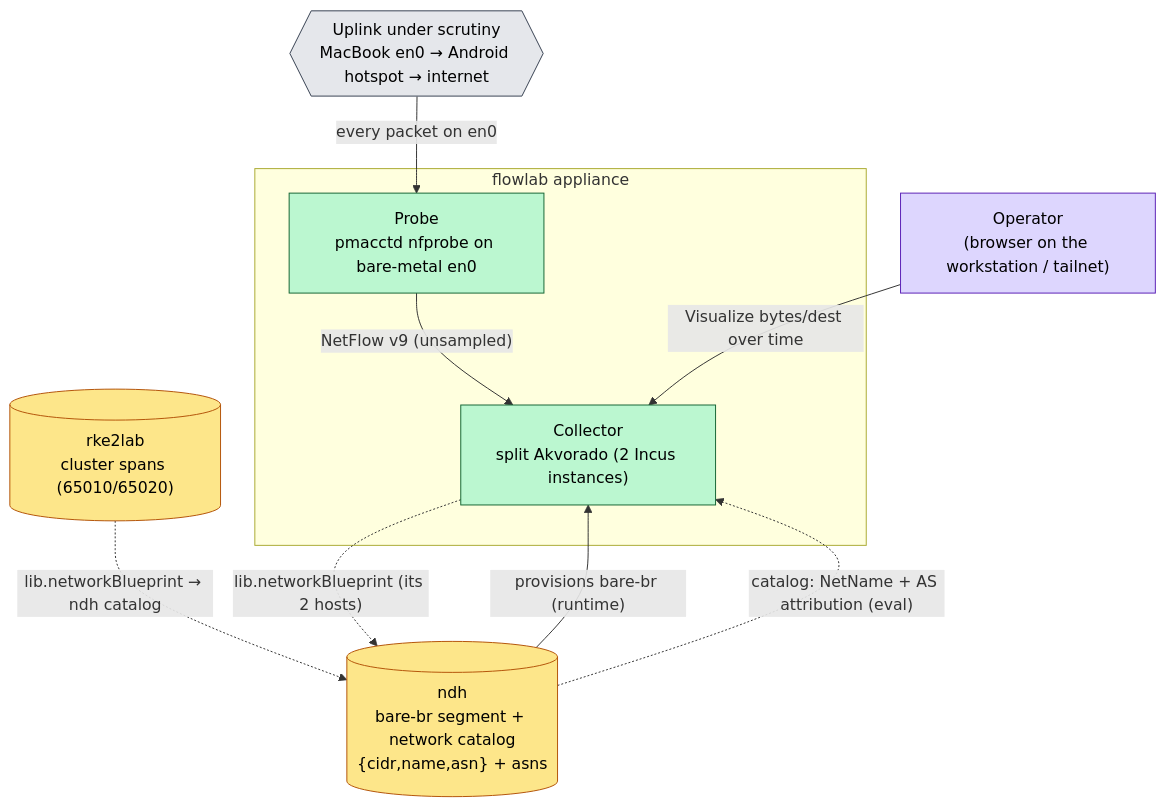
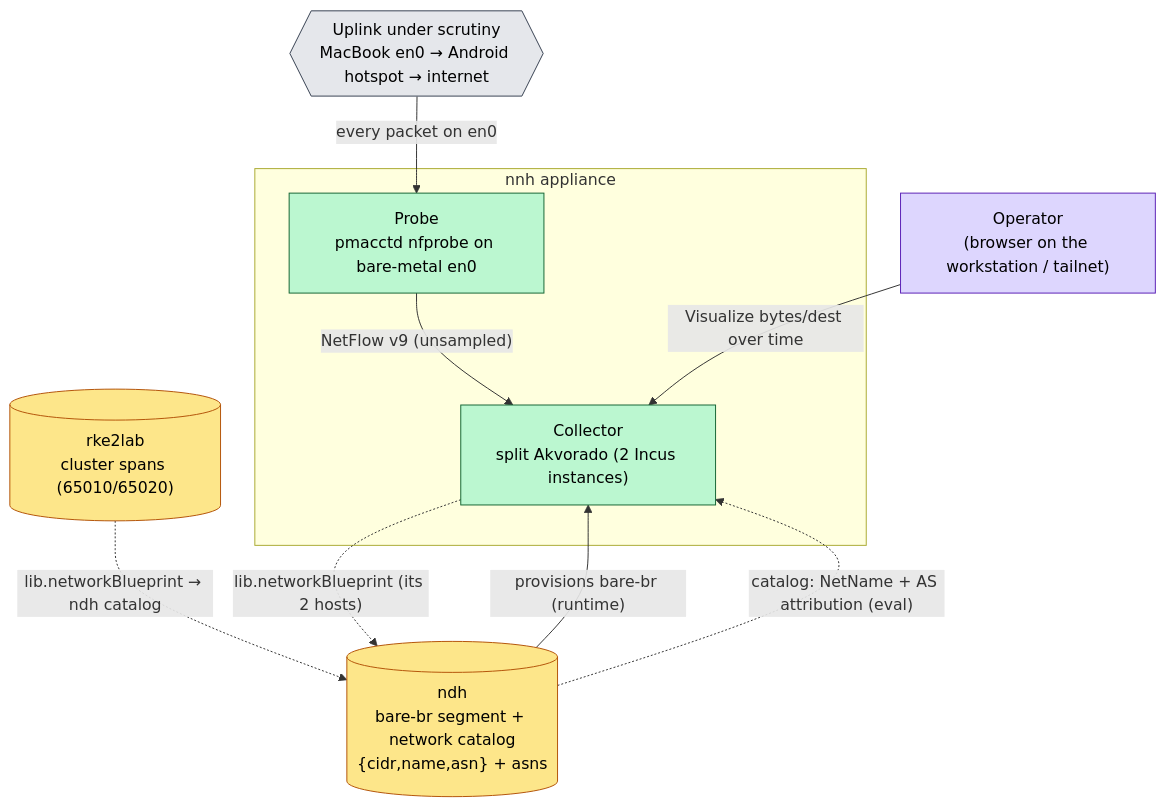
Before and after one commit to seedmatic/flowlab: the first of 5 diagrams in docs/architecture.adoc, drawn with Mermaid. The commit also changed other lines of this file and 5 other files, not shown here.

First line of the commit message:
chore: rename flowlab → nnh in code/docs (project identity)

```diff
--- a/docs/architecture.adoc
+++ b/docs/architecture.adoc
@@ -27,27 +27,27 @@
 [mermaid]
 ....
 flowchart TB
   OP["Operator\n(browser on the workstation / tailnet)"]:::actor
   UP{{"Uplink under scrutiny\nMacBook en0 → Android hotspot → internet"}}:::ext
 
-  subgraph flowlab [flowlab appliance]
+  subgraph nnh [nnh appliance]
     PROBE["Probe\npmacctd nfprobe on bare-metal en0"]:::wl
     COLL["Collector\nsplit Akvorado (2 Incus instances)"]:::wl
   end
 
   NDH[("ndh\nbare-br segment + network catalog\n{cidr,name,asn} + asns")]:::data
   RKE[("rke2lab\ncluster spans (65010/65020)")]:::data
 
   UP -->|"every packet on en0"| PROBE
   PROBE -->|"NetFlow v9 (unsampled)"| COLL
   OP -->|"Visualize bytes/dest over time"| COLL
   NDH -->|"provisions bare-br (runtime)"| COLL
   NDH -.->|"catalog: NetName + AS attribution (eval)"| COLL
   RKE -.->|"lib.networkBlueprint → ndh catalog"| NDH
   COLL -.->|"lib.networkBlueprint (its 2 hosts)"| NDH
 
   classDef actor fill:#ddd6fe,stroke:#5b21b6,color:#000;
   classDef ext fill:#e5e7eb,stroke:#374151,color:#000;
   classDef wl fill:#bbf7d0,stroke:#166534,color:#000;
   classDef data fill:#fde68a,stroke:#b45309,color:#000;
 ....
```
